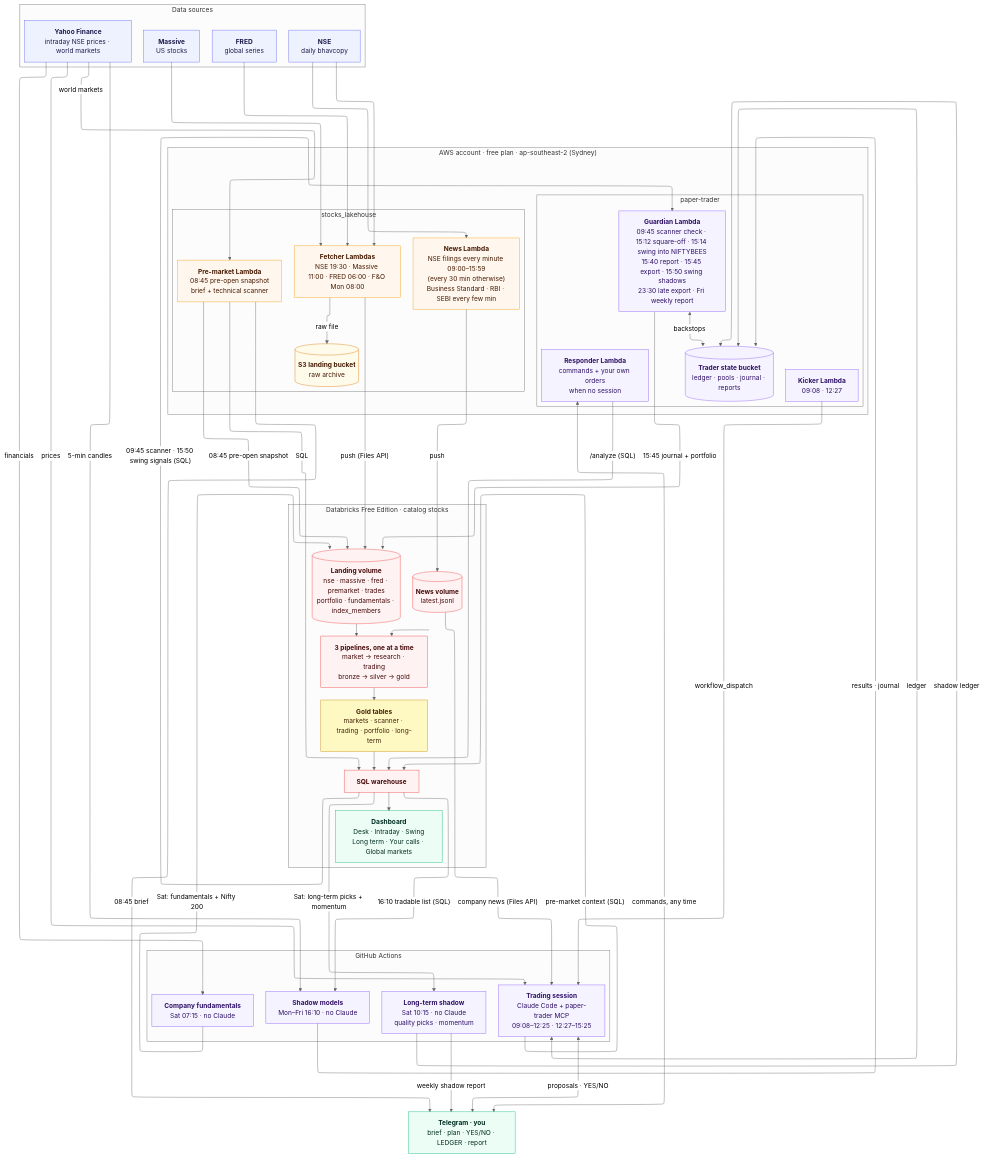
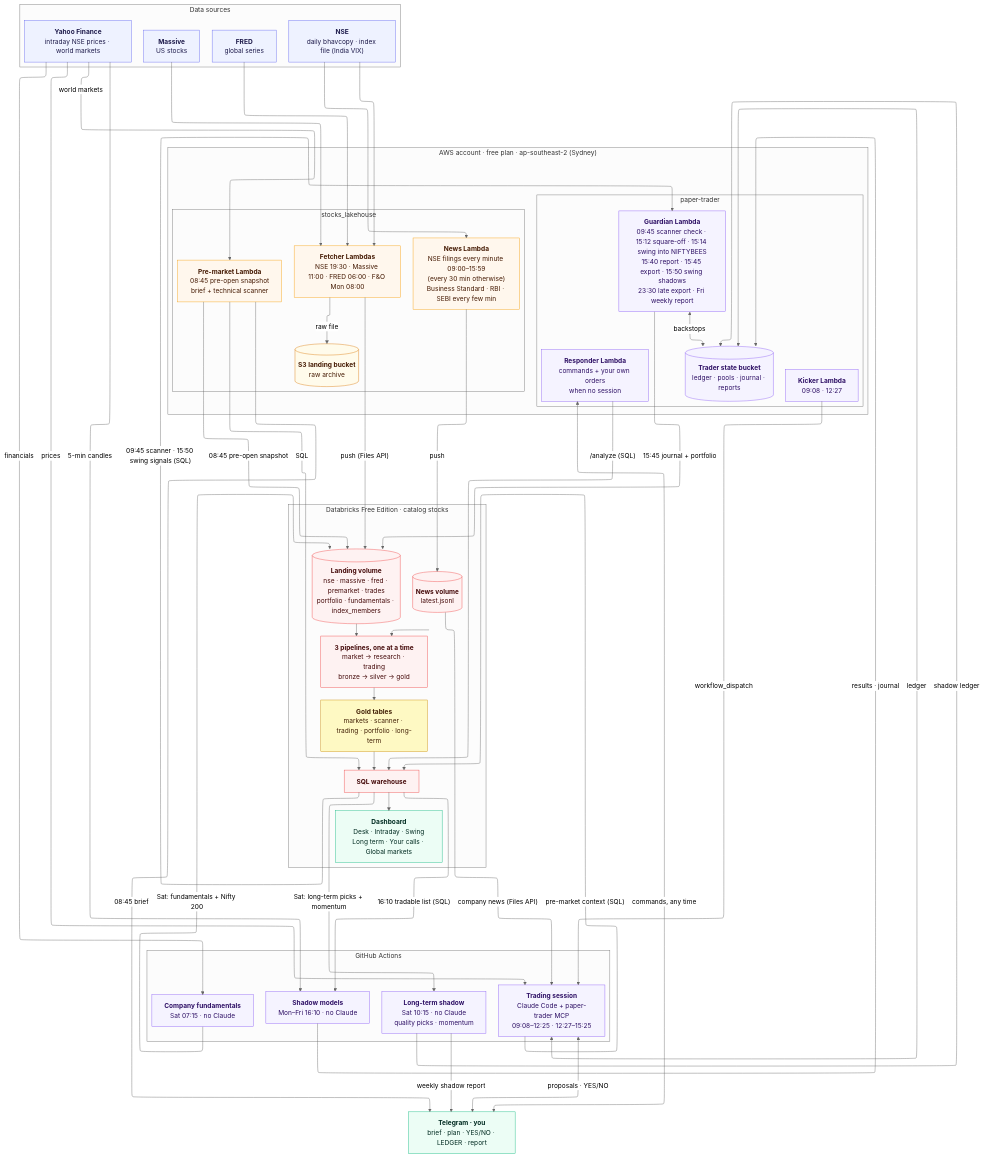
Before and after one commit to bumblebee26/stocks_lakehouse: the diagram in docs/diagrams/05_platform.mmd, drawn with Mermaid (neutral theme). The commit also changed 19 other files, not shown here.

First line of the commit message:
Docs: NSE index file (India VIX), new paper-test labels and Intraday tables, shared plan (#66)

```diff
--- a/docs/diagrams/05_platform.mmd
+++ b/docs/diagrams/05_platform.mmd
@@ -1,102 +1,102 @@
 ---
 config:
   layout: elk
   elk:
     mergeEdges: false
     nodePlacementStrategy: NETWORK_SIMPLEX
 ---
 %% Shared platform view: stocks_lakehouse + paper-trader.
 %% The same file lives in bumblebee26/paper-trader as docs/diagrams/01_platform.mmd; keep them identical.
 %% Secrets (SSM) and deployments (CI/CD) are left out on purpose: see 04_cicd and the security tables.
 flowchart TB
     subgraph SRC["Data sources"]
         direction LR
-        NSE["<b>NSE</b><br/>daily bhavcopy"]
+        NSE["<b>NSE</b><br/>daily bhavcopy · index file (India VIX)"]
         MAS["<b>Massive</b><br/>US stocks"]
         FRED["<b>FRED</b><br/>global series"]
         YF["<b>Yahoo Finance</b><br/>intraday NSE prices · world markets"]
     end
 
     subgraph AWS["AWS account · free plan · ap-southeast-2 (Sydney)"]
         direction LR
         subgraph LHA["stocks_lakehouse"]
             direction TB
             FET["<b>Fetcher Lambdas</b><br/>NSE 19:30 · Massive 11:00 · FRED 06:00 · F&amp;O Mon 08:00"]
             S3L[("<b>S3 landing bucket</b><br/>raw archive")]
             PM["<b>Pre-market Lambda</b><br/>08:45 pre-open snapshot<br/>brief + technical scanner"]
             NEWS["<b>News Lambda</b><br/>NSE filings every minute 09:00–15:59<br/>(every 30 min otherwise)<br/>Business Standard · RBI · SEBI every few min"]
         end
         subgraph PTA["paper-trader"]
             direction TB
             KICK["<b>Kicker Lambda</b><br/>09:08 · 12:27"]
             GUARD["<b>Guardian Lambda</b><br/>09:45 scanner check · 15:12 square-off · 15:14 swing into NIFTYBEES<br/>15:40 report · 15:45 export · 15:50 swing shadows<br/>23:30 late export · Fri weekly report"]
             S3T[("<b>Trader state bucket</b><br/>ledger · pools · journal · reports")]
             RESP["<b>Responder Lambda</b><br/>commands + your own orders<br/>when no session"]
         end
     end
 
     subgraph GHA["GitHub Actions"]
         direction TB
         SESS["<b>Trading session</b><br/>Claude Code + paper-trader MCP<br/>09:08–12:25 · 12:27–15:25"]
         FUND["<b>Company fundamentals</b><br/>Sat 07:15 · no Claude"]
         SHAD["<b>Long-term shadow</b><br/>Sat 10:15 · no Claude<br/>quality picks · momentum"]
         MODL["<b>Shadow models</b><br/>Mon–Fri 16:10 · no Claude"]
     end
 
     subgraph DBX["Databricks Free Edition · catalog stocks"]
         direction TB
         VOL[("<b>Landing volume</b><br/>nse · massive · fred · premarket · trades<br/>portfolio · fundamentals · index_members")]
         NVOL[("<b>News volume</b><br/>latest.jsonl")]
         PIPE["<b>3 pipelines, one at a time</b><br/>market → research · trading<br/>bronze → silver → gold"]
         GOLD["<b>Gold tables</b><br/>markets · scanner · trading · portfolio · long-term"]
         WH["<b>SQL warehouse</b>"]
         DASH["<b>Dashboard</b><br/>Desk · Intraday · Swing<br/>Long term · Your calls · Global markets"]
         VOL --> PIPE --> GOLD --> WH --> DASH
         NVOL --> PIPE
     end
 
     TG["<b>Telegram · you</b><br/>brief · plan · YES/NO · LEDGER · report"]
 
     NSE & MAS & FRED --> FET
     FET -- "raw file" --> S3L
     FET -- "push (Files API)" --> VOL
     NSE --> NEWS
     NEWS -- "push" --> NVOL
     PM -- "SQL" --> WH
     YF -- "world markets" --> PM
     PM -- "08:45 pre-open snapshot" --> VOL
     PM -- "08:45 brief" --> TG
     KICK -- "workflow_dispatch" --> SESS
     SESS -- "pre-market context (SQL)" --> WH
     YF -- "prices" --> SESS
     NVOL -- "company news (Files API)" --> SESS
     YF -- "financials" --> FUND
     FUND -- "Sat: fundamentals + Nifty 200" --> VOL
     WH -- "Sat: long-term picks + momentum" --> SHAD
     WH -- "16:10 tradable list (SQL)" --> MODL
     YF -- "5-min candles" --> MODL
     MODL -- "results · journal" --> S3T
     SHAD -- "shadow ledger" --> S3T
     SHAD -- "weekly shadow report" --> TG
     SESS <-- "ledger" --> S3T
     SESS <-- "proposals · YES/NO" --> TG
     GUARD <-- "backstops" --> S3T
     GUARD -- "15:45 journal + portfolio" --> VOL
     WH -- "09:45 scanner · 15:50 swing signals (SQL)" --> GUARD
     RESP <-- "commands, any time" --> TG
     RESP -- "/analyze (SQL)" --> WH
 
     classDef ext fill:#eef2ff,stroke:#6366f1,color:#1e1b4b
     classDef aws fill:#fff7ed,stroke:#f59e0b,color:#451a03
     classDef store fill:#fffbeb,stroke:#d97706,color:#451a03
     classDef trader fill:#f5f3ff,stroke:#8b5cf6,color:#2e1065
     classDef dbx fill:#fef2f2,stroke:#ef4444,color:#450a0a
     classDef gold fill:#fef9c3,stroke:#ca8a04,color:#422006
     classDef out fill:#ecfdf5,stroke:#10b981,color:#022c22
     class NSE,MAS,FRED,YF ext
     class FET,PM,NEWS aws
     class S3L store
     class KICK,GUARD,S3T,SESS,RESP,FUND,SHAD,MODL trader
     class VOL,NVOL,PIPE,WH dbx
     class GOLD gold
     class DASH,TG out
```
